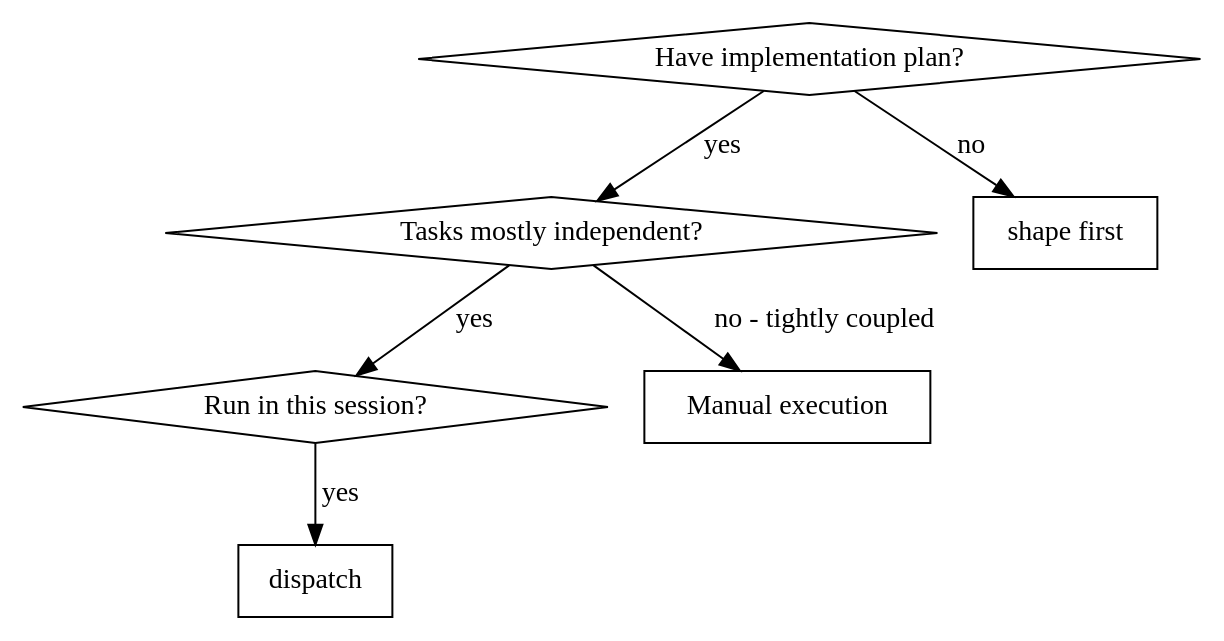
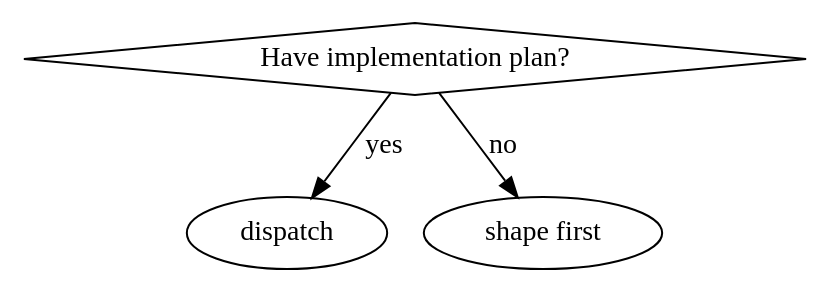
Before and after one commit to DennisLoska/skills: the first of 3 diagrams in skills/dispatch/SKILL.md, drawn with Graphviz. The commit also changed other lines of this file and 8 other files, not shown here.

````diff
--- a/skills/dispatch/SKILL.md
+++ b/skills/dispatch/SKILL.md
@@ -29,16 +30,7 @@
 ```dot
 digraph when_to_use {
     "Have implementation plan?" [shape=diamond];
-    "Tasks mostly independent?" [shape=diamond];
-    "Run in this session?" [shape=diamond];
-    "dispatch" [shape=box];
-    "shape first" [shape=box];
-    "Manual execution" [shape=box];
-
-    "Have implementation plan?" -> "Tasks mostly independent?" [label="yes"];
+    "Have implementation plan?" -> "dispatch" [label="yes"];
     "Have implementation plan?" -> "shape first" [label="no"];
-    "Tasks mostly independent?" -> "Run in this session?" [label="yes"];
-    "Tasks mostly independent?" -> "Manual execution" [label="no - tightly coupled"];
-    "Run in this session?" -> "dispatch" [label="yes"];
 }
 ```
````
